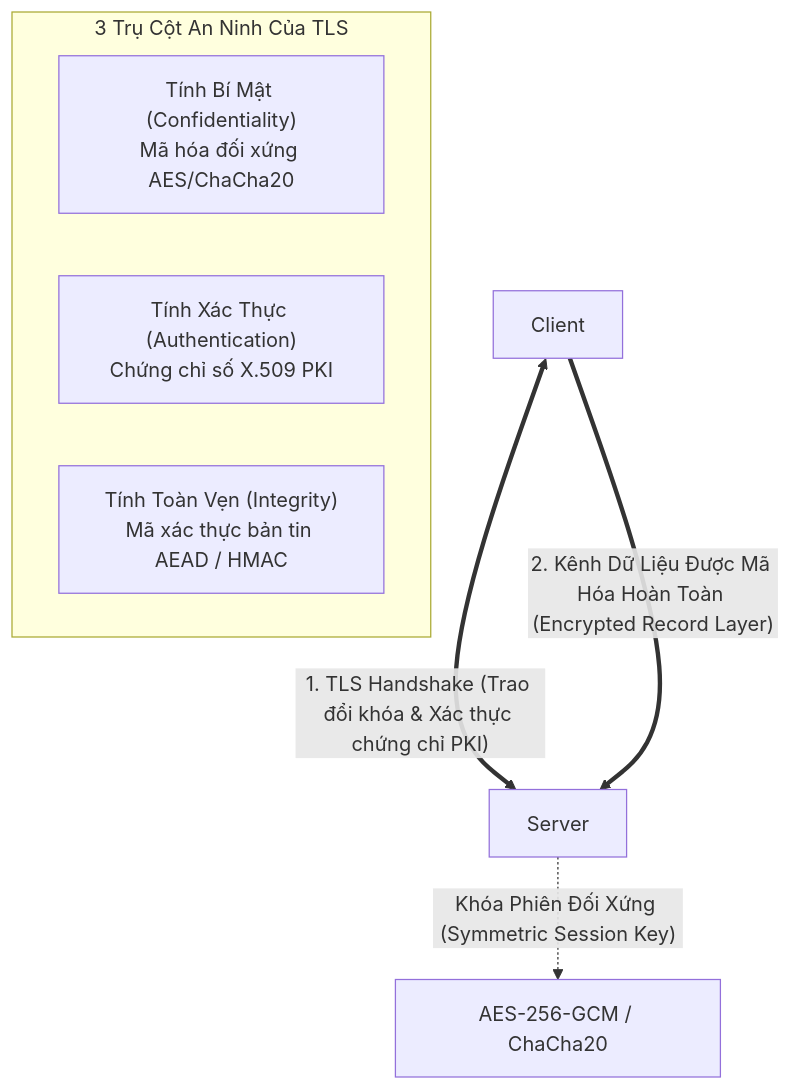
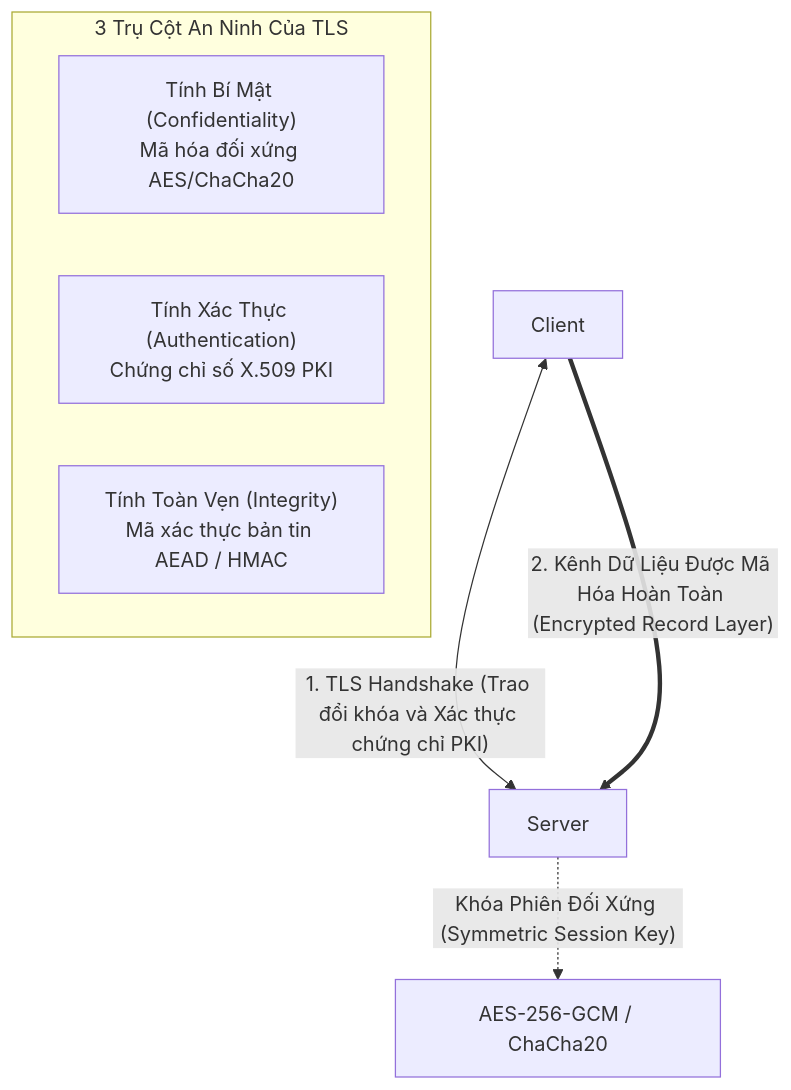
The first of 3 diagrams in Backend-full-course/Part 1 - Core Foundations/01 - Computer Networks & Protocols/Security Protocols/TLS.md (longhalo1803/second-brain), drawn with Mermaid before and after one commit. The commit also changed 59 other files, not shown here.

Commit message:
feat(DSA-knowledge): update metadata, mermaid diagrams, and formatting across knowledge base notes

````diff
--- a/Backend-full-course/Part 1 - Core Foundations/01 - Computer Networks & Protocols/Security Protocols/TLS.md
+++ b/Backend-full-course/Part 1 - Core Foundations/01 - Computer Networks & Protocols/Security Protocols/TLS.md
@@ -28,12 +28,12 @@
 ```mermaid
 graph TD
-    Client["Client"] <== "1. TLS Handshake (Trao đổi khóa & Xác thực chứng chỉ PKI)" ==> Server["Server"]
-    Server -. "Khóa Phiên Đối Xứng (Symmetric Session Key)" .-> Key["AES-256-GCM / ChaCha20"]
-    Client ==> |"2. Kênh Dữ Liệu Được Mã Hóa Hoàn Toàn (Encrypted Record Layer)"| Server
+    Client["Client"] <-->|"1. TLS Handshake (Trao đổi khóa và Xác thực chứng chỉ PKI)"| Server["Server"]
+    Server -.->|"Khóa Phiên Đối Xứng (Symmetric Session Key)"| Key["AES-256-GCM / ChaCha20"]
+    Client ==>|"2. Kênh Dữ Liệu Được Mã Hóa Hoàn Toàn (Encrypted Record Layer)"| Server
 
     subgraph SecurityTriad["3 Trụ Cột An Ninh Của TLS"]
-        C["Tính Bí Mật (Confidentiality)<br>Mã hóa đối xứng AES/ChaCha20"]
-        A["Tính Xác Thực (Authentication)<br>Chứng chỉ số X.509 PKI"]
-        I["Tính Toàn Vẹn (Integrity)<br>Mã xác thực bản tin AEAD / HMAC"]
+        C["Tính Bí Mật (Confidentiality)<br/>Mã hóa đối xứng AES/ChaCha20"]
+        A["Tính Xác Thực (Authentication)<br/>Chứng chỉ số X.509 PKI"]
+        I["Tính Toàn Vẹn (Integrity)<br/>Mã xác thực bản tin AEAD / HMAC"]
     end
 ```
````
